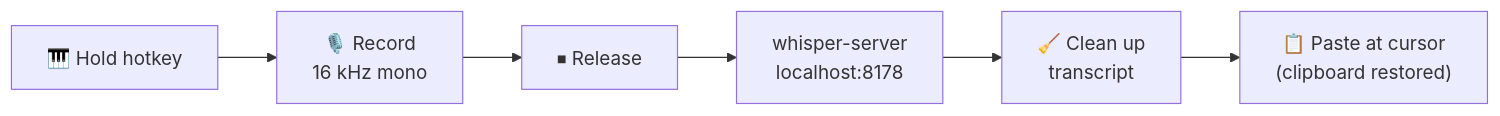
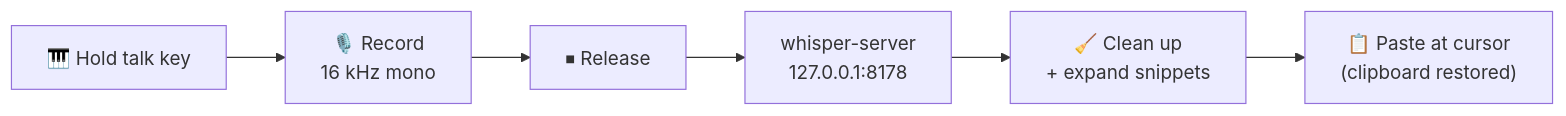
Before and after one commit to jabreeflor/voice: the diagram in README.md, drawn with Mermaid. The commit also changed other lines of this file and 28 other files, not shown here.

````diff
--- a/README.md
+++ b/README.md
@@ -126,8 +260,8 @@
 ```mermaid
 graph LR
-    A["🎹 Hold hotkey"] --> B["🎙️ Record<br>16 kHz mono"]
+    A["🎹 Hold talk key"] --> B["🎙️ Record<br>16 kHz mono"]
     B --> C["⏹ Release"]
-    C --> D["whisper-server<br>localhost:8178"]
-    D --> E["🧹 Clean up<br>transcript"]
+    C --> D["whisper-server<br>127.0.0.1:8178"]
+    D --> E["🧹 Clean up<br>+ expand snippets"]
     E --> F["📋 Paste at cursor<br>(clipboard restored)"]
 ```
````
